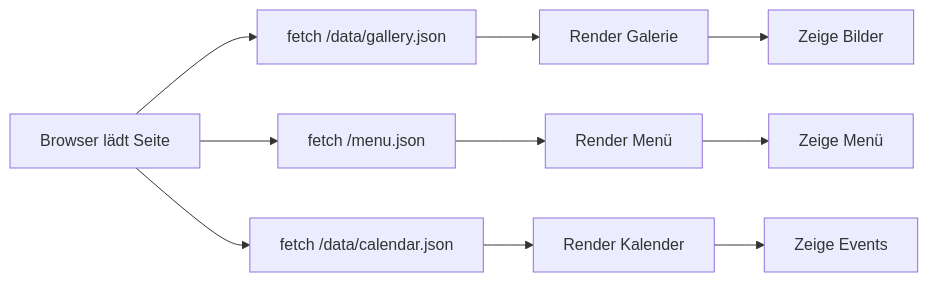
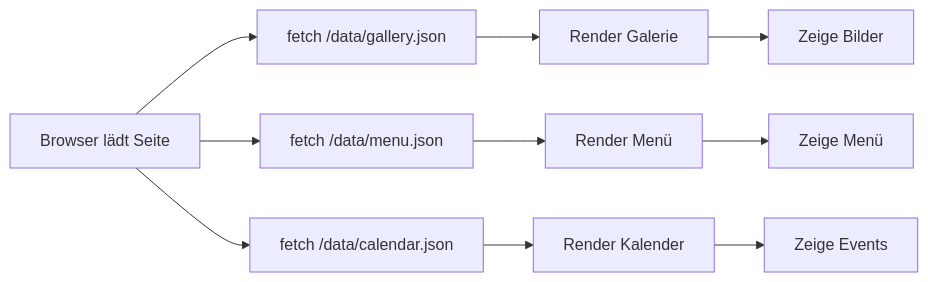
The second of 2 diagrams in API-INTEGRATION.md (Swabble/ArchiesOnTourMobileFIrst), drawn with Mermaid before and after one commit. The commit also changed other lines of this file and 18 other files, not shown here.

Commit message:
Move menu JSON into public data directory

````diff
--- a/API-INTEGRATION.md
+++ b/API-INTEGRATION.md
@@ -151,14 +151,14 @@
 ```mermaid
 graph LR
     A[Browser lädt Seite] --> B[fetch /data/gallery.json]
-    A --> C[fetch /menu.json]
+    A --> C[fetch /data/menu.json]
     A --> D[fetch /data/calendar.json]
 
     B --> E[Render Galerie]
     C --> F[Render Menü]
     D --> G[Render Kalender]
 
     E --> H[Zeige Bilder]
     F --> I[Zeige Menü]
     G --> J[Zeige Events]
 ```
````
